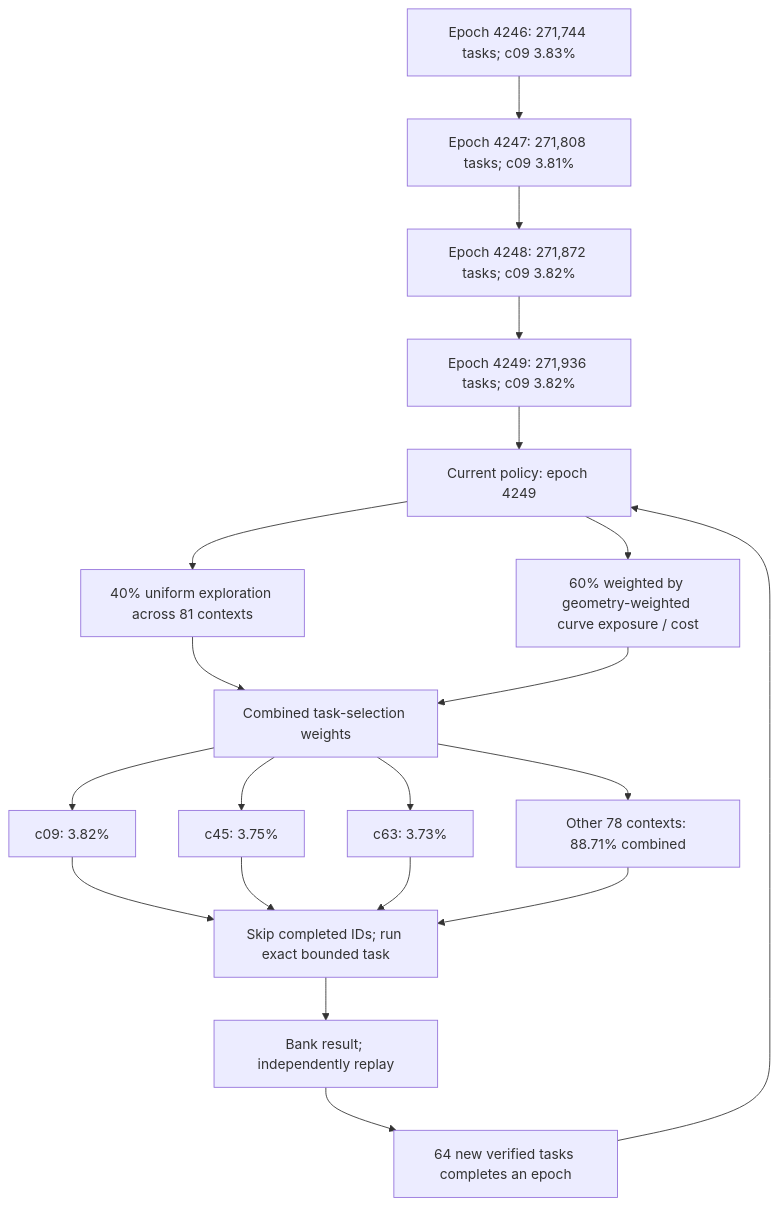
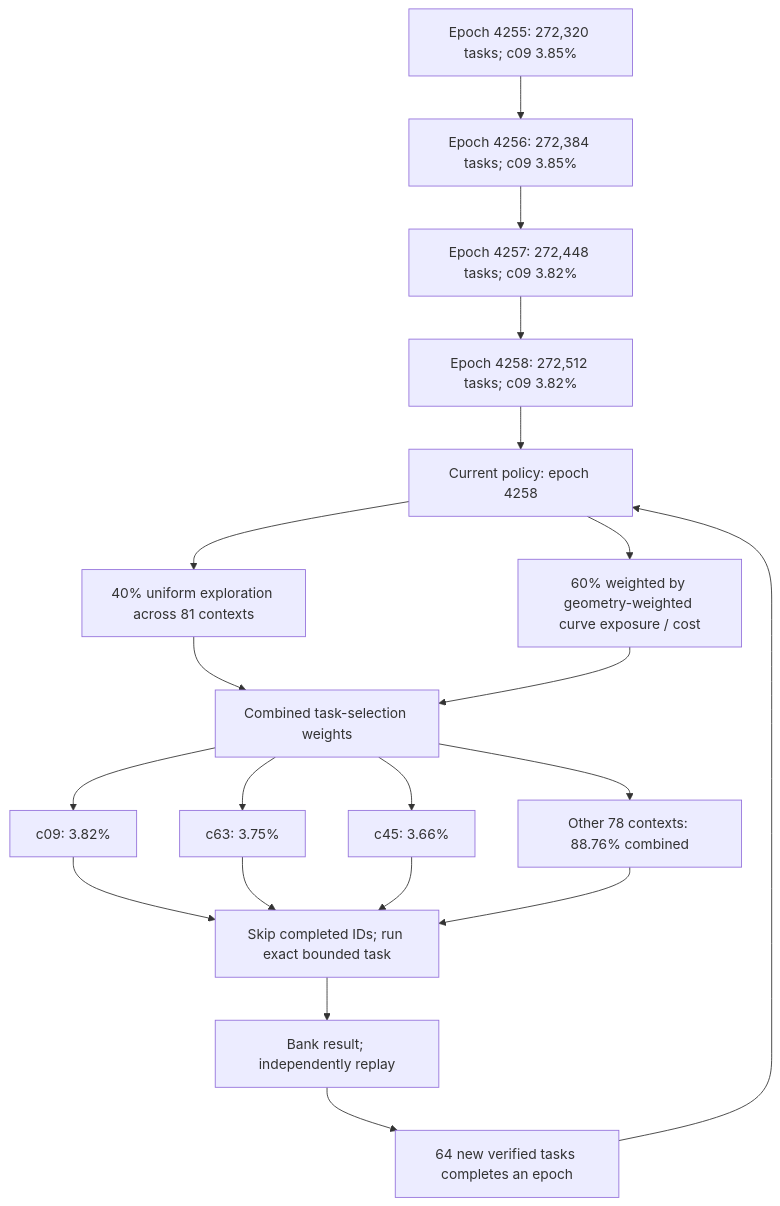
One commit to Kuberwastaken/math-gambling changed the first of 3 diagrams in README.md. Above: the diagram before and after it, drawn with Mermaid. The commit also changed other lines of this file and 1768 other files, not shown here.

````diff
--- a/README.md
+++ b/README.md
@@ -60,27 +60,27 @@
 ```mermaid
 flowchart TD
-    H0["Epoch 4246: 271,744 tasks; c09 3.83%"]
-    H1["Epoch 4247: 271,808 tasks; c09 3.81%"]
+    H0["Epoch 4255: 272,320 tasks; c09 3.85%"]
+    H1["Epoch 4256: 272,384 tasks; c09 3.85%"]
     H0 --> H1
-    H2["Epoch 4248: 271,872 tasks; c09 3.82%"]
+    H2["Epoch 4257: 272,448 tasks; c09 3.82%"]
     H1 --> H2
-    H3["Epoch 4249: 271,936 tasks; c09 3.82%"]
+    H3["Epoch 4258: 272,512 tasks; c09 3.82%"]
     H2 --> H3
-    Policy["Current policy: epoch 4249"]
+    Policy["Current policy: epoch 4258"]
     H3 --> Policy
     Policy --> Explore["40% uniform exploration across 81 contexts"]
     Policy --> Cost["60% weighted by geometry-weighted curve exposure / cost"]
     Explore --> Mix["Combined task-selection weights"]
     Cost --> Mix
     Mix --> C0["c09: 3.82%"]
-    Mix --> C1["c45: 3.75%"]
-    Mix --> C2["c63: 3.73%"]
-    Mix --> Rest["Other 78 contexts: 88.71% combined"]
+    Mix --> C1["c63: 3.75%"]
+    Mix --> C2["c45: 3.66%"]
+    Mix --> Rest["Other 78 contexts: 88.76% combined"]
     C0 --> Check["Skip completed IDs; run exact bounded task"]
     C1 --> Check
     C2 --> Check
     Rest --> Check
     Check --> Replay["Bank result; independently replay"]
     Replay --> Gate["64 new verified tasks completes an epoch"]
     Gate --> Policy
 ```
````
